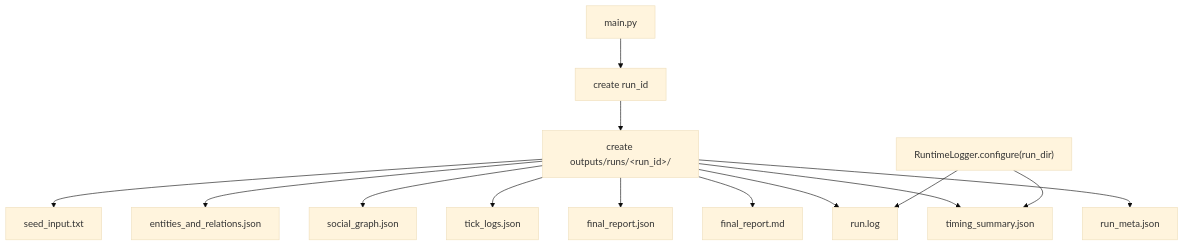
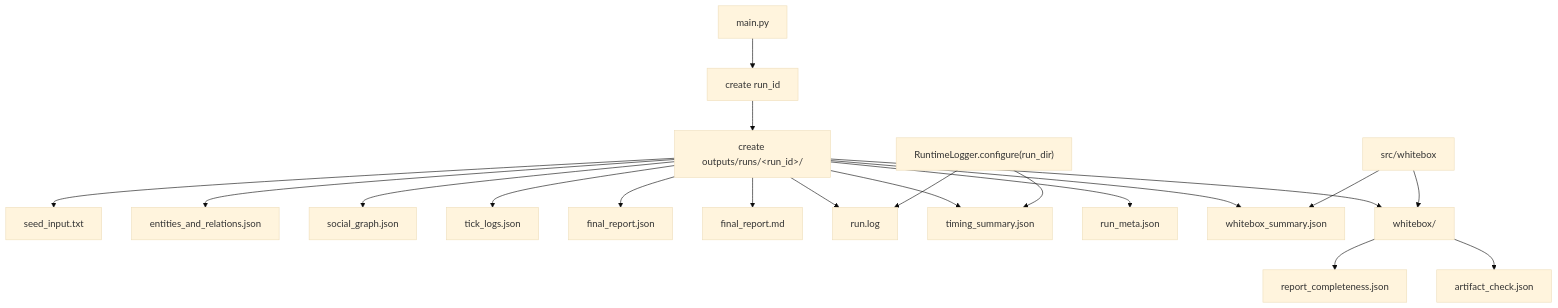
Before and after one commit to chatgarypt-cpu/Adarian-: the second of 2 diagrams in docs/dev_spec.md, drawn with Mermaid (base theme). The commit also changed other lines of this file and 9 other files, not shown here.

Commit message:
feat: v1.2.5 whitebox artifact shell

````diff
--- a/docs/dev_spec.md
+++ b/docs/dev_spec.md
@@ -187,17 +187,23 @@
 ```mermaid
 flowchart TD
     A["main.py"] --> B["create run_id"]
     B --> C["create outputs/runs/&lt;run_id&gt;/"]
     C --> D["seed_input.txt"]
     C --> E["entities_and_relations.json"]
     C --> F["social_graph.json"]
     C --> G["tick_logs.json"]
     C --> H["final_report.json"]
     C --> I["final_report.md"]
     C --> J["run.log"]
     C --> K["timing_summary.json"]
     C --> L["run_meta.json"]
+    C --> N["whitebox_summary.json"]
+    C --> O["whitebox/"]
+    O --> P["report_completeness.json"]
+    O --> Q["artifact_check.json"]
 
     M["RuntimeLogger.configure(run_dir)"] --> J
     M --> K
+    R["src/whitebox"] --> N
+    R --> O
 ```
````
